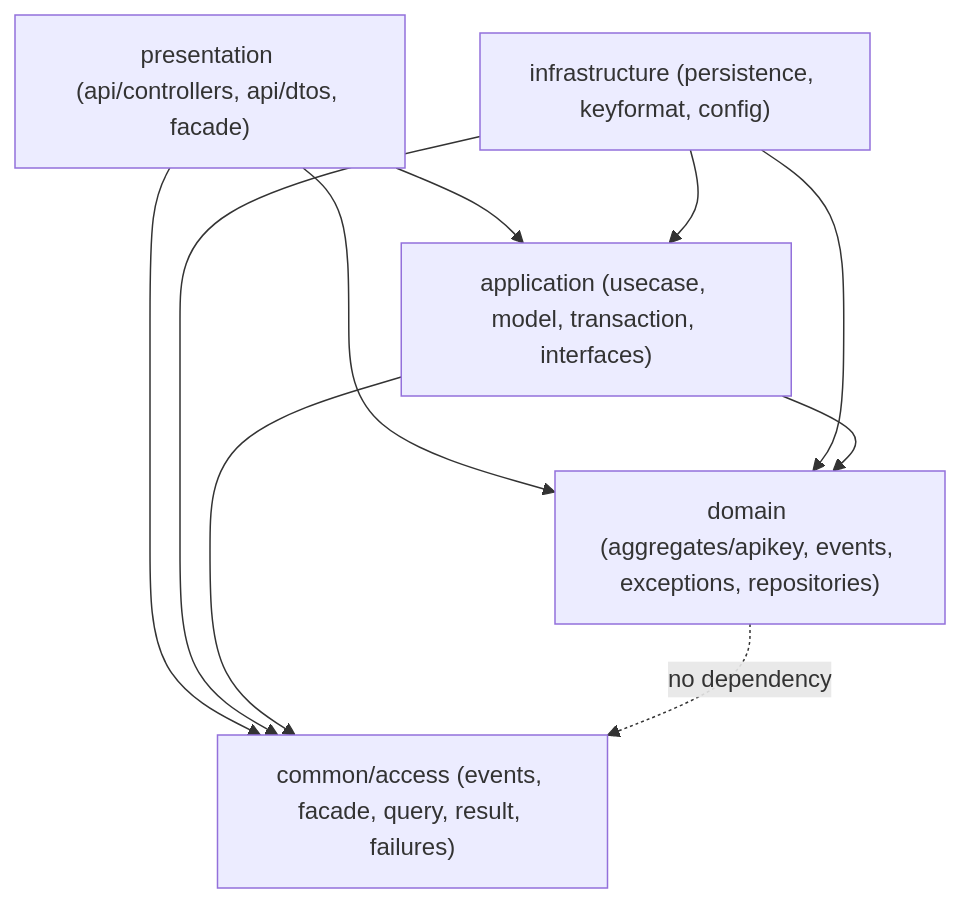
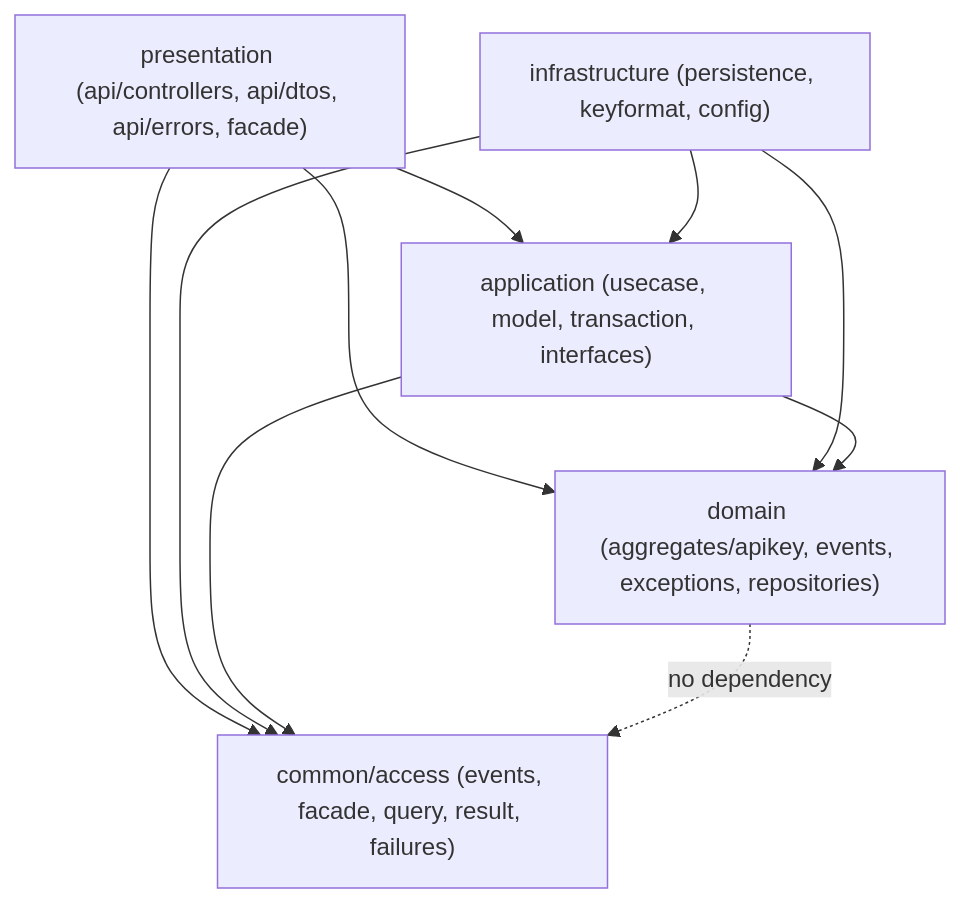
One commit to Dhiren9939/HQ-Tier0 changed the first of 14 diagrams in docs/access-context.md. Above: the diagram before and after it, drawn with Mermaid. The commit also changed other lines of this file and 4 other files, not shown here.

````diff
--- a/docs/access-context.md
+++ b/docs/access-context.md
@@ -254,18 +255,18 @@
 ```mermaid
 flowchart TB
-    presentation["presentation (api/controllers, api/dtos, facade)"]
+    presentation["presentation (api/controllers, api/dtos, api/errors, facade)"]
     infrastructure["infrastructure (persistence, keyformat, config)"]
     application["application (usecase, model, transaction, interfaces)"]
     domain["domain (aggregates/apikey, events, exceptions, repositories)"]
     common["common/access (events, facade, query, result, failures)"]
 
     presentation --> application
     presentation --> domain
     presentation --> common
     infrastructure --> application
     infrastructure --> domain
     infrastructure --> common
     application --> domain
     application --> common
     domain -.->|no dependency| common
 ```
````
